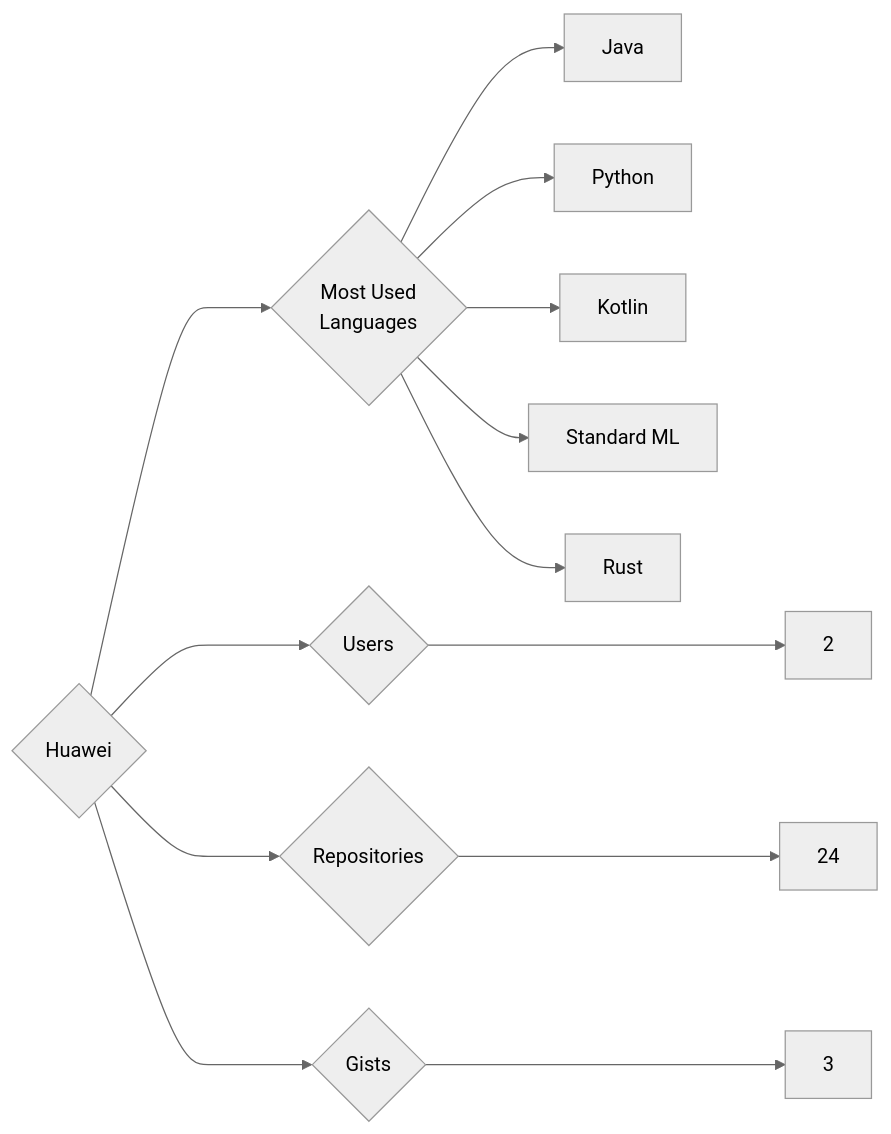
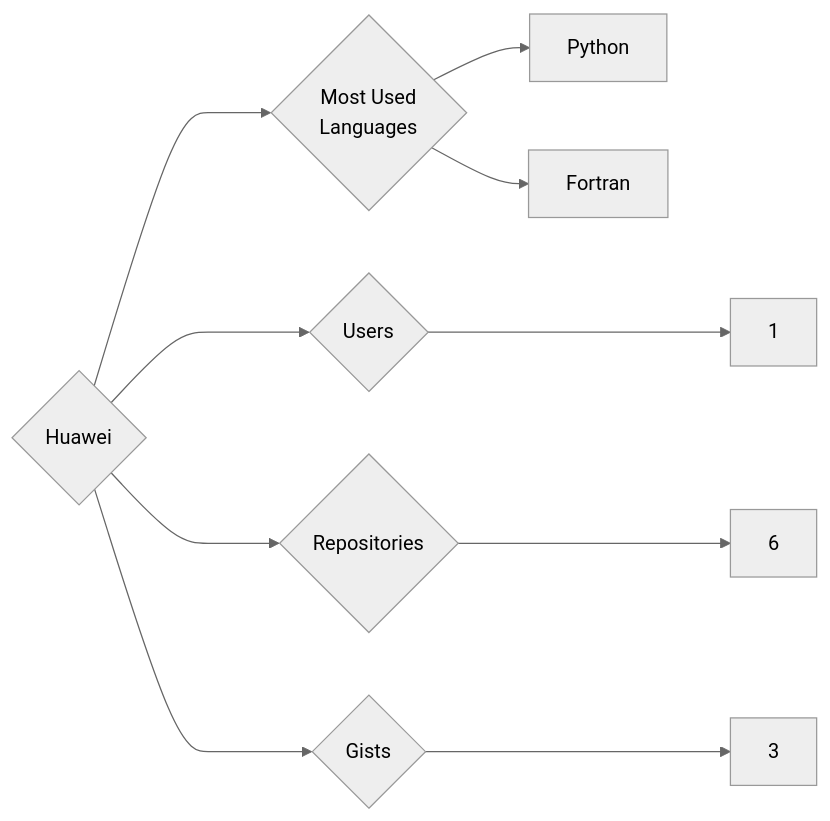
Before and after one commit to trickest/insiders: the diagram in targets/Huawei/README.md, drawn with Mermaid (neutral theme). The commit also changed 951 other files, not shown here.

````diff
--- a/targets/Huawei/README.md
+++ b/targets/Huawei/README.md
@@ -3,13 +3,10 @@
 ```mermaid
 graph LR
 COMPANY_NAME{Huawei}
-COMPANY_NAME ---> U{Users} ---> UN[2]
-COMPANY_NAME ---> R{Repositories} ---> RN[24]
+COMPANY_NAME ---> U{Users} ---> UN[1]
+COMPANY_NAME ---> R{Repositories} ---> RN[6]
 COMPANY_NAME ---> G{Gists} ---> GN[3]
 COMPANY_NAME ---> ML{Most Used<br>Languages}
-ML --> Java[Java]
 ML --> Python[Python]
-ML --> Kotlin[Kotlin]
-ML --> Standard_ML[Standard ML]
-ML --> Rust[Rust]
+ML --> Fortran[Fortran]
 ```
````
